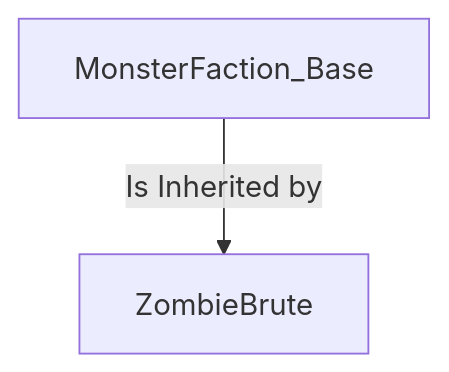
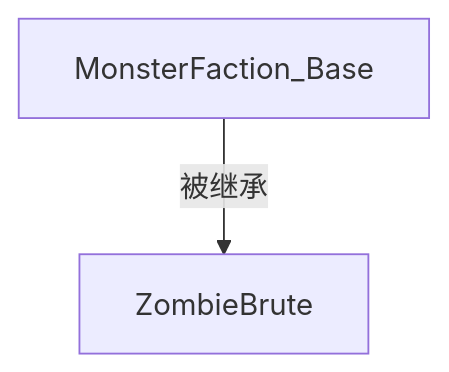
One commit to woshiermuqwq/wiki changed the first of 3 diagrams in Mobs/Templates.md. Above: the diagram before and after it, drawn with Mermaid. The commit also changed other lines of this file and 1 other file, not shown here.

````diff
--- a/Mobs/Templates.md
+++ b/Mobs/Templates.md
@@ -125,4 +126,4 @@
 ```mermaid
 flowchart TD
-    A[MonsterFaction_Base] -->|Is Inherited by| B[ZombieBrute]
+    A[MonsterFaction_Base] -->|被继承| B[ZombieBrute]
 ```
````
